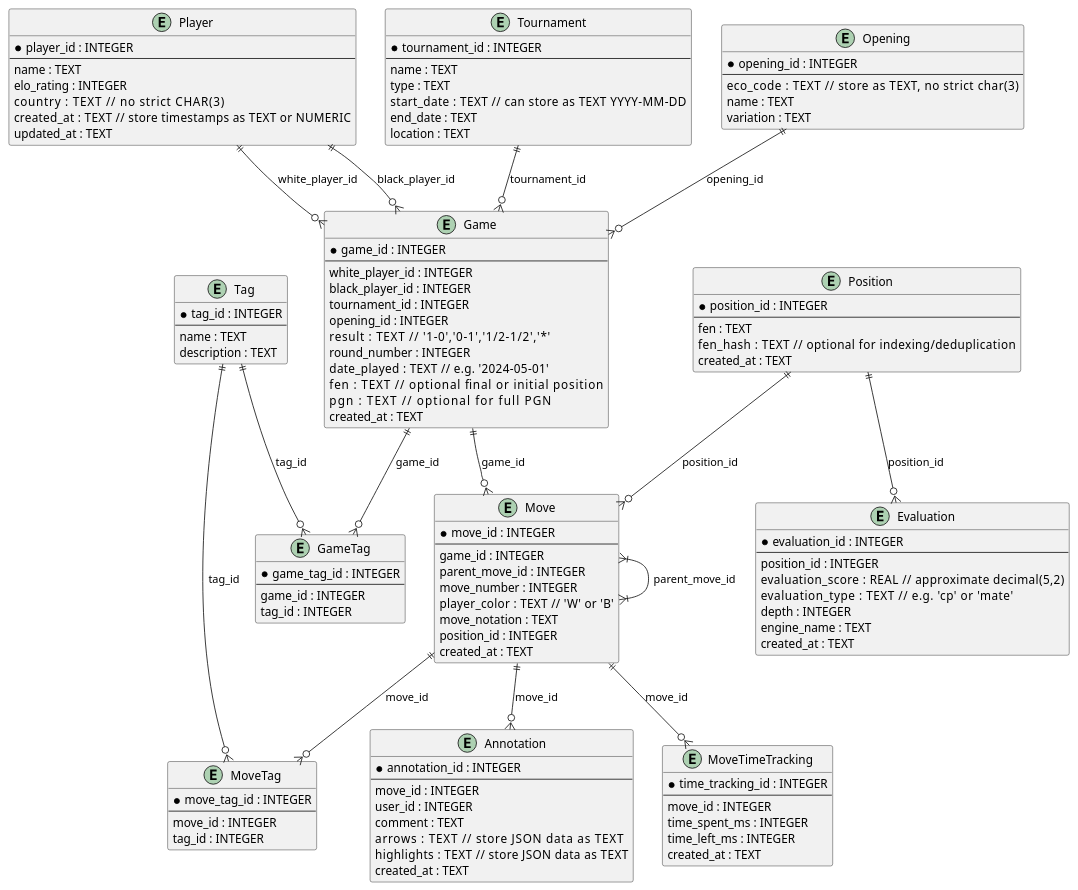
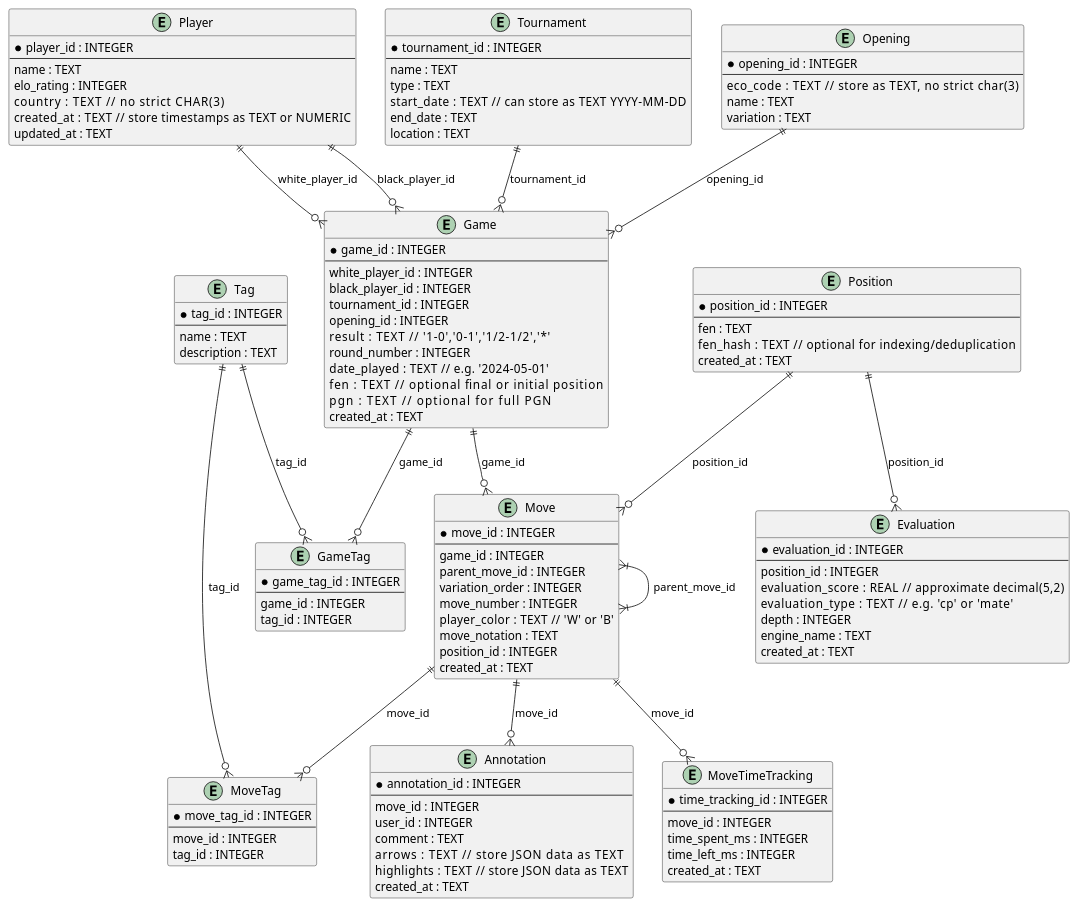
One commit to ReidPritchard/open-knight changed the diagram in src-tauri/src/migrations/db-design.plantuml. Above: the diagram before and after it, drawn with PlantUML. The commit also changed 51 other files, not shown here.

```diff
--- a/src-tauri/src/migrations/db-design.plantuml
+++ b/src-tauri/src/migrations/db-design.plantuml
@@ -1,139 +1,142 @@
 @startuml
 
 ' For SQLite, typical types are: INTEGER, TEXT, REAL, BLOB
 ' We can approximate DECIMAL with REAL.
 ' For JSONB-like storage, we use TEXT to store JSON in SQLite.
+
+' This file might not be accurate, please check the actual code
 
 entity Player {
     * player_id : INTEGER
     --
     name : TEXT
     elo_rating : INTEGER
     country : TEXT         // no strict CHAR(3)
     created_at : TEXT      // store timestamps as TEXT or NUMERIC
     updated_at : TEXT
 }
 
 entity Tournament {
     * tournament_id : INTEGER
     --
     name : TEXT
     type : TEXT
     start_date : TEXT       // can store as TEXT YYYY-MM-DD
     end_date : TEXT
     location : TEXT
 }
 
 entity Opening {
     * opening_id : INTEGER
     --
     eco_code : TEXT         // store as TEXT, no strict char(3)
     name : TEXT
     variation : TEXT
 }
 
 entity Game {
     * game_id : INTEGER
     --
     white_player_id : INTEGER
     black_player_id : INTEGER
     tournament_id : INTEGER
     opening_id : INTEGER
     result : TEXT          // '1-0','0-1','1/2-1/2','*'
     round_number : INTEGER
     date_played : TEXT     // e.g. '2024-05-01'
     fen : TEXT             // optional final or initial position
     pgn : TEXT             // optional for full PGN
     created_at : TEXT
 }
 
 entity Position {
     * position_id : INTEGER
     --
     fen : TEXT
     fen_hash : TEXT        // optional for indexing/deduplication
     created_at : TEXT
 }
 
 entity Move {
     * move_id : INTEGER
     --
     game_id : INTEGER
     parent_move_id : INTEGER
+    variation_order : INTEGER
     move_number : INTEGER
     player_color : TEXT    // 'W' or 'B'
     move_notation : TEXT
     position_id : INTEGER
     created_at : TEXT
 }
 
 entity Annotation {
     * annotation_id : INTEGER
     --
     move_id : INTEGER
     user_id : INTEGER
     comment : TEXT
     arrows : TEXT          // store JSON data as TEXT
     highlights : TEXT      // store JSON data as TEXT
     created_at : TEXT
 }
 
 entity Evaluation {
     * evaluation_id : INTEGER
     --
     position_id : INTEGER
     evaluation_score : REAL       // approximate decimal(5,2)
     evaluation_type : TEXT        // e.g. 'cp' or 'mate'
     depth : INTEGER
     engine_name : TEXT
     created_at : TEXT
 }
 
 entity MoveTimeTracking {
     * time_tracking_id : INTEGER
     --
     move_id : INTEGER
     time_spent_ms : INTEGER
     time_left_ms : INTEGER
     created_at : TEXT
 }
 
 entity Tag {
     * tag_id : INTEGER
     --
     name : TEXT
     description : TEXT
 }
 
 entity GameTag {
     * game_tag_id : INTEGER
     --
     game_id : INTEGER
     tag_id : INTEGER
 }
 
 entity MoveTag {
     * move_tag_id : INTEGER
     --
     move_id : INTEGER
     tag_id : INTEGER
 }
 
 ' Relationships (SQLite foreign keys require PRAGMA foreign_keys = ON, but we'll still represent them logically):
 
 Player ||--o{ Game : "white_player_id"
 Player ||--o{ Game : "black_player_id"
 Tournament ||--o{ Game : "tournament_id"
 Opening ||--o{ Game : "opening_id"
 Game ||--o{ Move : "game_id"
 Move }|--|{ Move : "parent_move_id"
 Move ||--o{ Annotation : "move_id"
 Position ||--o{ Move : "position_id"
 Position ||--o{ Evaluation : "position_id"
 Move ||--o{ MoveTimeTracking : "move_id"
 Tag ||--o{ GameTag : "tag_id"
 Game ||--o{ GameTag : "game_id"
 Tag ||--o{ MoveTag : "tag_id"
 Move ||--o{ MoveTag : "move_id"
 
 @enduml
```
